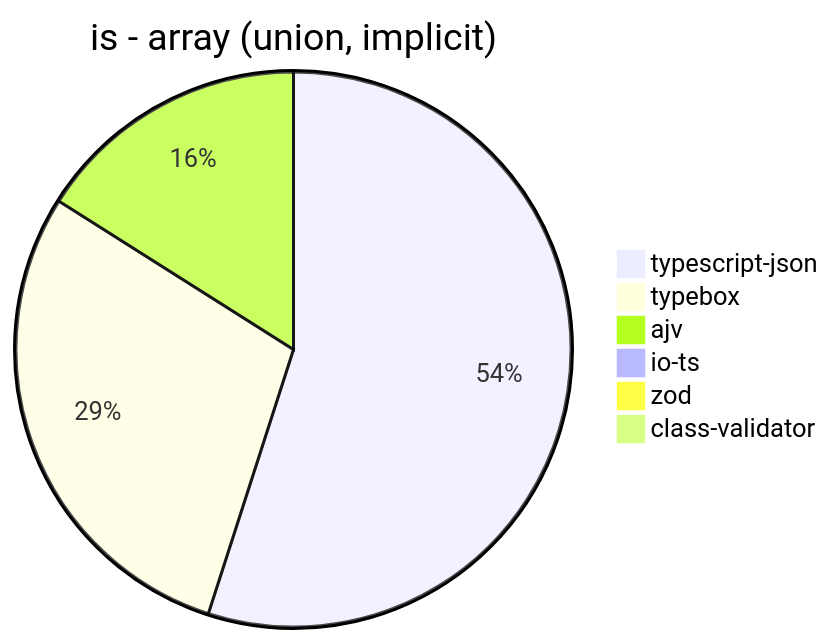
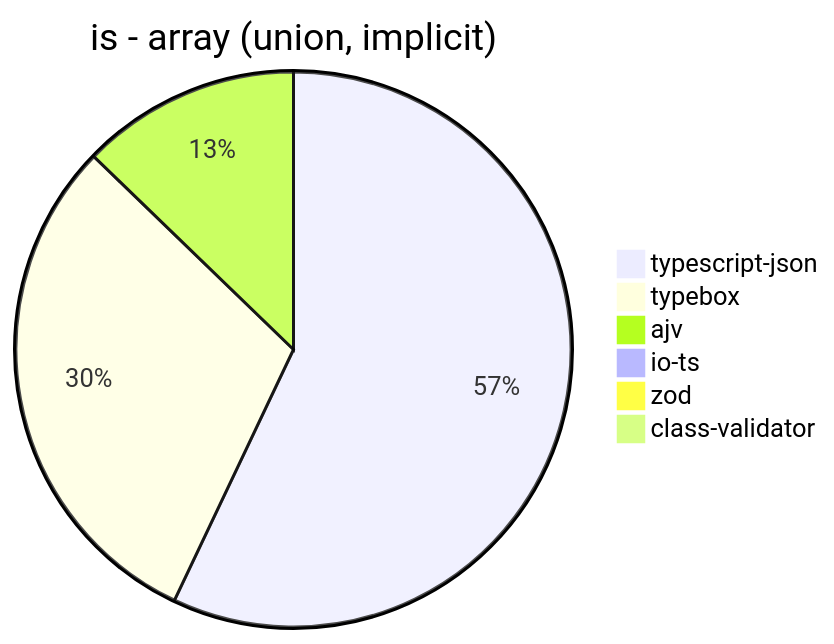
The eighth of 9 diagrams in benchmark/results/AMD Ryzen 7 3700X 8-Core Processor.md (samchon/typia), drawn with Mermaid before and after one commit. The commit also changed other lines of this file and 2 other files, not shown here.

````diff
--- a/benchmark/results/AMD Ryzen 7 3700X 8-Core Processor.md
+++ b/benchmark/results/AMD Ryzen 7 3700X 8-Core Processor.md
@@ -99,9 +99,9 @@
 ```mermaid
 pie title is - array (union, implicit)
-  "typescript-json": 1509.127789046653
-  "typebox": 796.6101694915255
-  "ajv": 439.93325917686315
+  "typescript-json": 1515.069967707212
+  "typebox": 801.2939001848429
+  "ajv": 339.1401037805782
   "io-ts": 0
-  "zod": 1.6011385874399573
-  "class-validator": 22.654332641117616
+  "zod": 1.6366612111292962
+  "class-validator": 22.243346007604565
 ```
````
